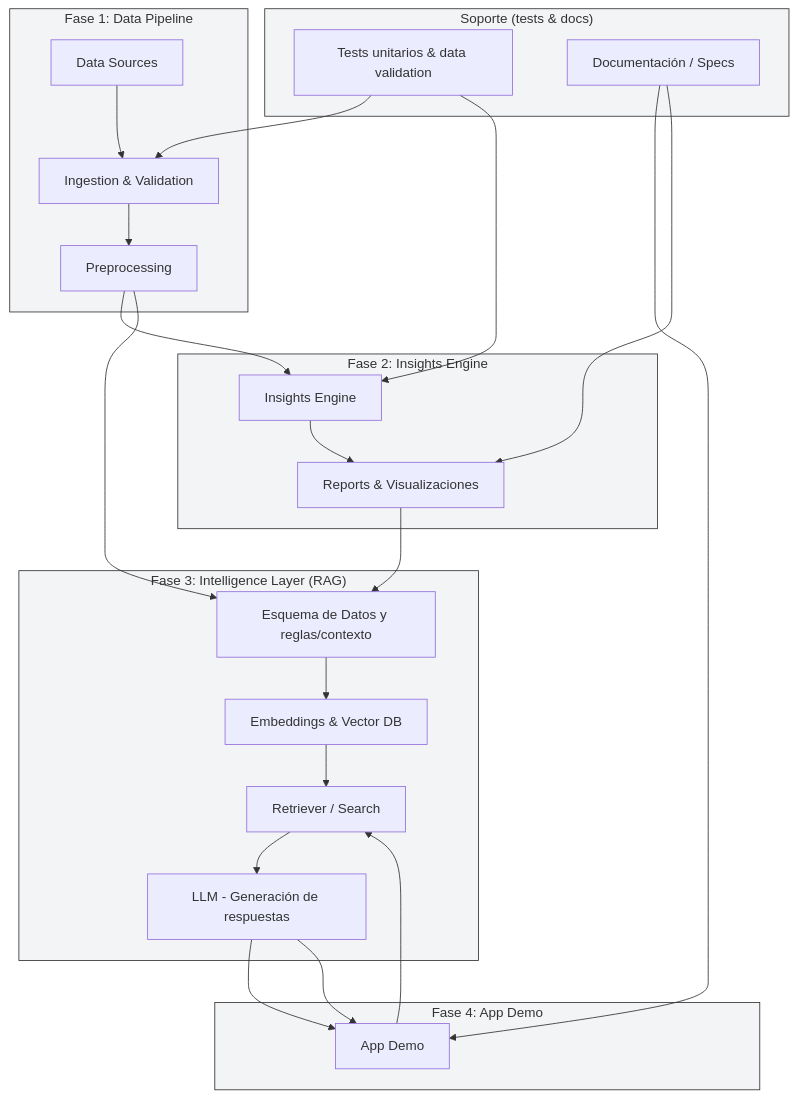
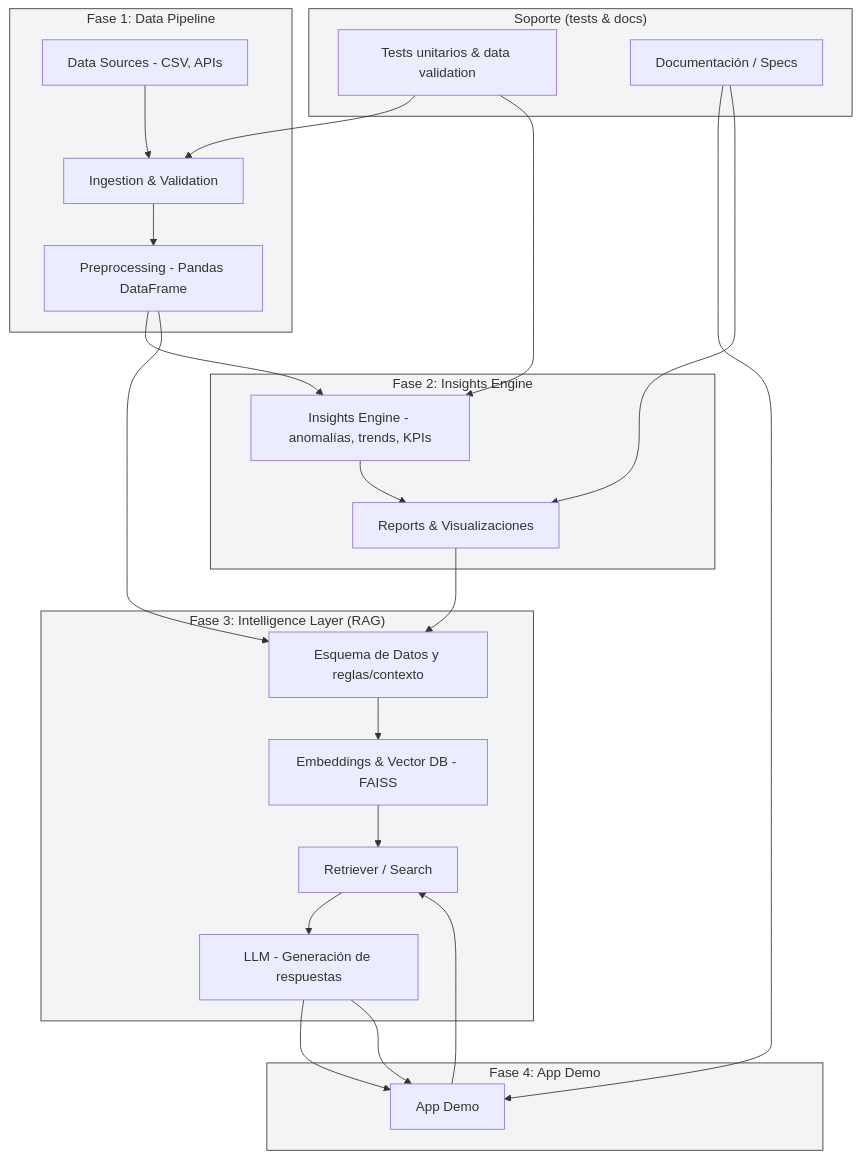
The diagram in Rappi/Eleccion/Opcion A/Desarrollo/Bloque 1/Diagrama Arquitectura.md (JuanjoRestrepo/juanjorestrepo-GithubObsidian), drawn with Mermaid before and after one commit.

Commit message:
vault backup: 2025-10-09 21:03:56

```diff
--- a/Rappi/Eleccion/Opcion A/Desarrollo/Bloque 1/Diagrama Arquitectura.md
+++ b/Rappi/Eleccion/Opcion A/Desarrollo/Bloque 1/Diagrama Arquitectura.md
@@ -6,11 +6,11 @@
 
   subgraph Fase1["Fase 1: Data Pipeline"]
 
-    A[Data Sources]
+    A[Data Sources - CSV, APIs]
 
     B[Ingestion & Validation]
 
-    C[Preprocessing]
+    C[Preprocessing - Pandas DataFrame]
 
   end
 
@@ -24,7 +24,7 @@
 
   subgraph Fase2["Fase 2: Insights Engine"]
 
-    D[Insights Engine]
+    D[Insights Engine - anomalías, trends, KPIs]
 
     E[Reports & Visualizaciones]
 
@@ -42,7 +42,7 @@
 
     F[Esquema de Datos y reglas/contexto]
 
-    V[Embeddings & Vector DB]
+    V[Embeddings & Vector DB - FAISS]
 
     G[Retriever / Search]
 
```
